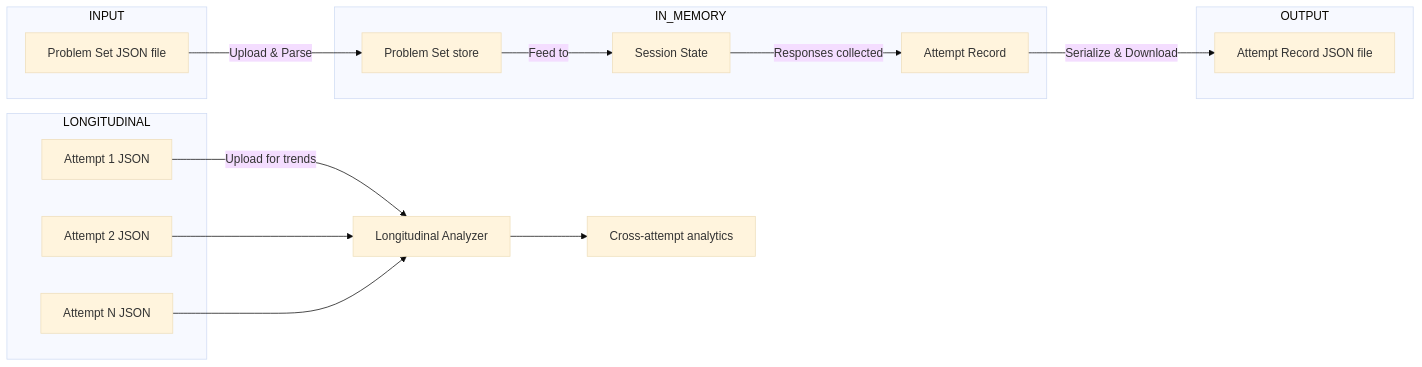
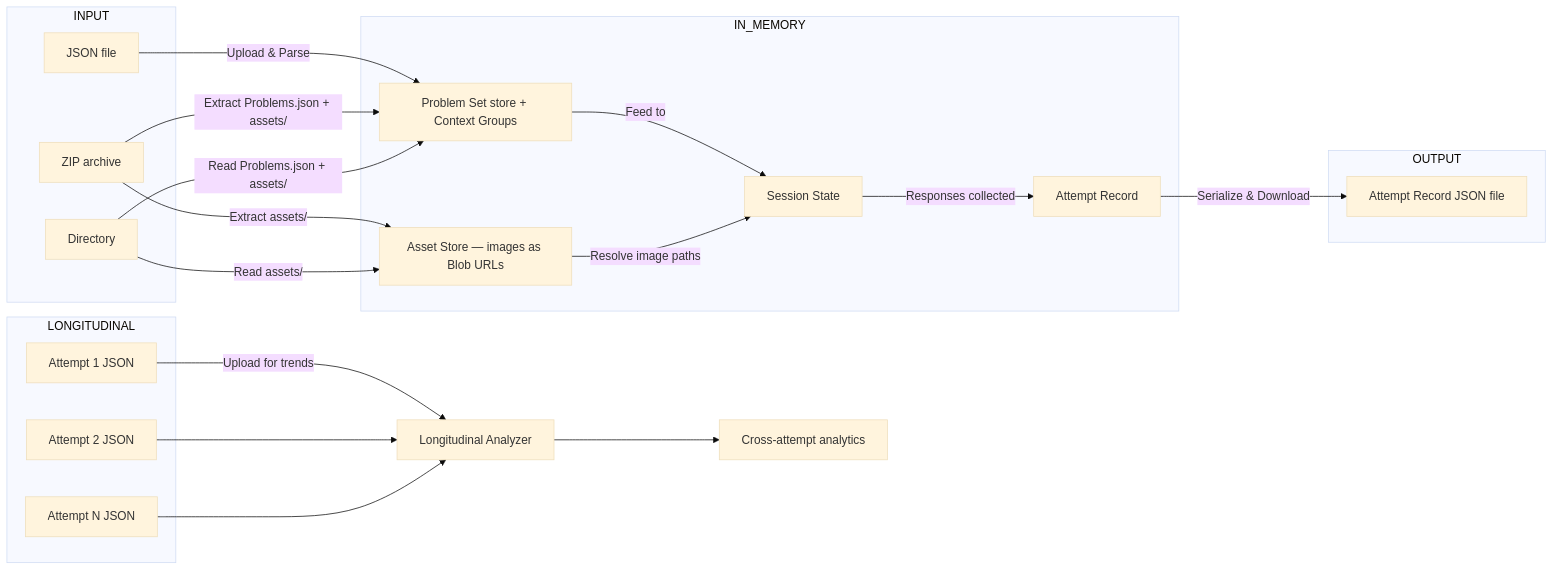
Before and after one commit to jaynote001/MCQTool: the second of 3 diagrams in 3_Architecture/3_Data_Model_ER_Diagram.md, drawn with Mermaid (base theme). The commit also changed other lines of this file and 3 other files, not shown here.

Commit message:
Update Architecture Diagrams

````diff
--- a/3_Architecture/3_Data_Model_ER_Diagram.md
+++ b/3_Architecture/3_Data_Model_ER_Diagram.md
@@ -214,32 +257,40 @@
 ```mermaid
 flowchart LR
     subgraph INPUT
-        PS_JSON[Problem Set JSON file]
+        PS_JSON[JSON file]
+        PS_ZIP[ZIP archive]
+        PS_DIR[Directory]
     end
 
     subgraph IN_MEMORY
-        PS[Problem Set store]
+        PS[Problem Set store + Context Groups]
+        ASSETS[Asset Store — images as Blob URLs]
         SS[Session State]
         AR[Attempt Record]
     end
 
     subgraph OUTPUT
         AT_JSON[Attempt Record JSON file]
     end
 
     subgraph LONGITUDINAL
         AT1[Attempt 1 JSON]
         AT2[Attempt 2 JSON]
         AT3[Attempt N JSON]
     end
 
     PS_JSON -->|Upload & Parse| PS
+    PS_ZIP -->|Extract Problems.json + assets/| PS
+    PS_ZIP -->|Extract assets/| ASSETS
+    PS_DIR -->|Read Problems.json + assets/| PS
+    PS_DIR -->|Read assets/| ASSETS
     PS -->|Feed to| SS
+    ASSETS -->|Resolve image paths| SS
     SS -->|Responses collected| AR
     AR -->|Serialize & Download| AT_JSON
 
     AT1 -->|Upload for trends| LA[Longitudinal Analyzer]
     AT2 --> LA
     AT3 --> LA
     LA --> TRENDS[Cross-attempt analytics]
 ```
````
